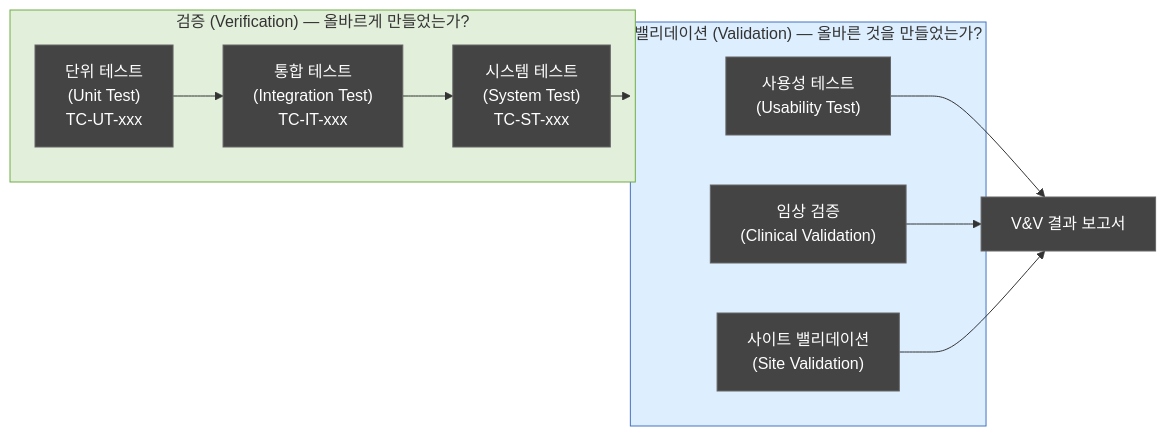
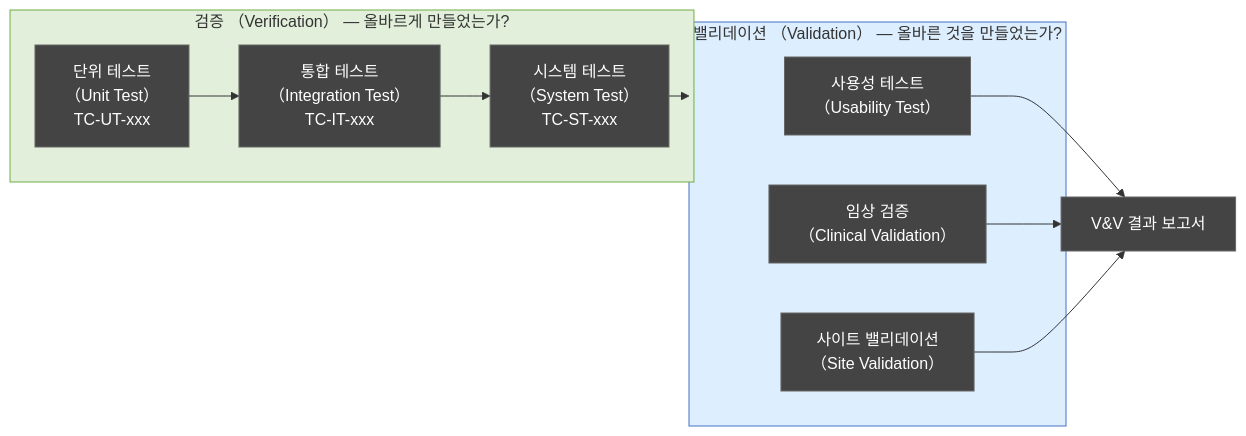
The tenth of 13 diagrams in docs/management/DOC-003_SW_Development_Guideline_v1.0.md (holee9/console-gui), drawn with Mermaid before and after one commit. The commit also changed other lines of this file and 22 other files, not shown here.

First line of the commit message:
fix: Mermaid flowchart 노드 내 괄호 파싱 오류 전면 수정

````diff
--- a/docs/management/DOC-003_SW_Development_Guideline_v1.0.md
+++ b/docs/management/DOC-003_SW_Development_Guideline_v1.0.md
@@ -929,21 +929,21 @@
 ```mermaid
 flowchart LR
     classDef default fill:#444,stroke:#666,color:#fff
-    subgraph VER["검증 (Verification) — 올바르게 만들었는가?"]
-        UT["단위 테스트<br/>(Unit Test)<br/>TC-UT-xxx"]
-        IT["통합 테스트<br/>(Integration Test)<br/>TC-IT-xxx"]
-        ST["시스템 테스트<br/>(System Test)<br/>TC-ST-xxx"]
+    subgraph VER["검증 （Verification） — 올바르게 만들었는가?"]
+        UT["단위 테스트<br/>（Unit Test）<br/>TC-UT-xxx"]
+        IT["통합 테스트<br/>（Integration Test）<br/>TC-IT-xxx"]
+        ST["시스템 테스트<br/>（System Test）<br/>TC-ST-xxx"]
     end
 
-    subgraph VAL["밸리데이션 (Validation) — 올바른 것을 만들었는가?"]
-        UST["사용성 테스트<br/>(Usability Test)"]
-        CLV["임상 검증<br/>(Clinical Validation)"]
-        SVT["사이트 밸리데이션<br/>(Site Validation)"]
+    subgraph VAL["밸리데이션 （Validation） — 올바른 것을 만들었는가?"]
+        UST["사용성 테스트<br/>（Usability Test）"]
+        CLV["임상 검증<br/>（Clinical Validation）"]
+        SVT["사이트 밸리데이션<br/>（Site Validation）"]
     end
 
     UT --> IT --> ST --> VAL
     UST & CLV & SVT --> REPORT["V&V 결과 보고서"]
 
     style VER fill:#E2EFDA,stroke:#70AD47
     style VAL fill:#DDEEFF,stroke:#4472C4
 ```
````
